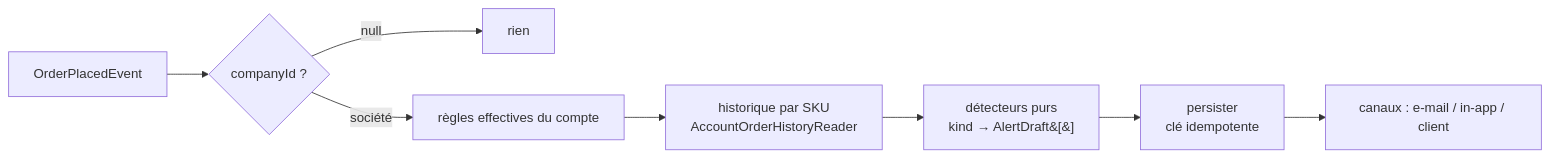
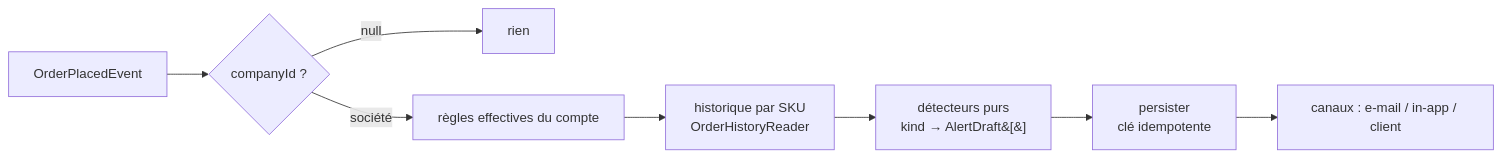
One commit to hugoheynard/lfd changed the diagram in documentation/comptes-client/architecture-alertes-compte-client.md. Above: the diagram before and after it, drawn with Mermaid. The commit also changed other lines of this file and 7 other files, not shown here.

````diff
--- a/documentation/comptes-client/architecture-alertes-compte-client.md
+++ b/documentation/comptes-client/architecture-alertes-compte-client.md
@@ -232,10 +242,10 @@
 ```mermaid
 flowchart LR
   A[OrderPlacedEvent] --> B{companyId ?}
   B -- null --> Z[rien]
   B -- société --> C[règles effectives du compte]
-  C --> D[historique par SKU<br/>AccountOrderHistoryReader]
+  C --> D[historique par SKU<br/>OrderHistoryReader]
   D --> E[détecteurs purs<br/>kind → AlertDraft&#91;&#93;]
   E --> F[persister<br/>clé idempotente]
   F --> G[canaux : e-mail / in-app / client]
 ```
````
